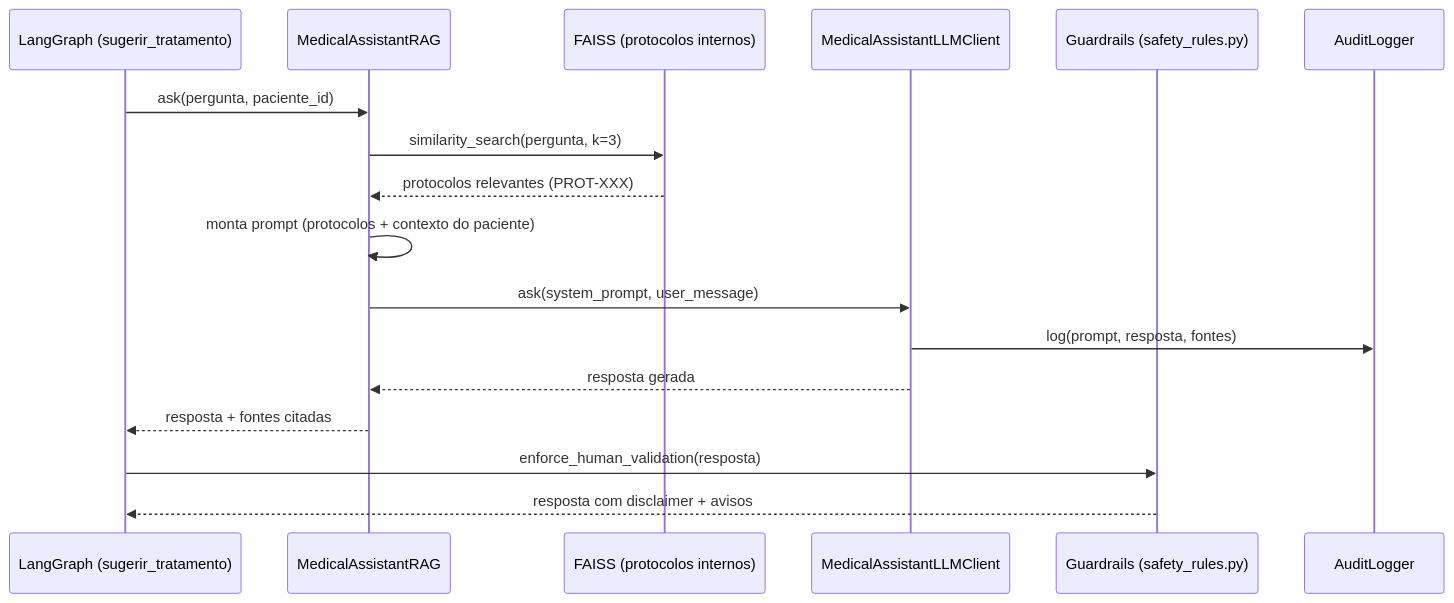
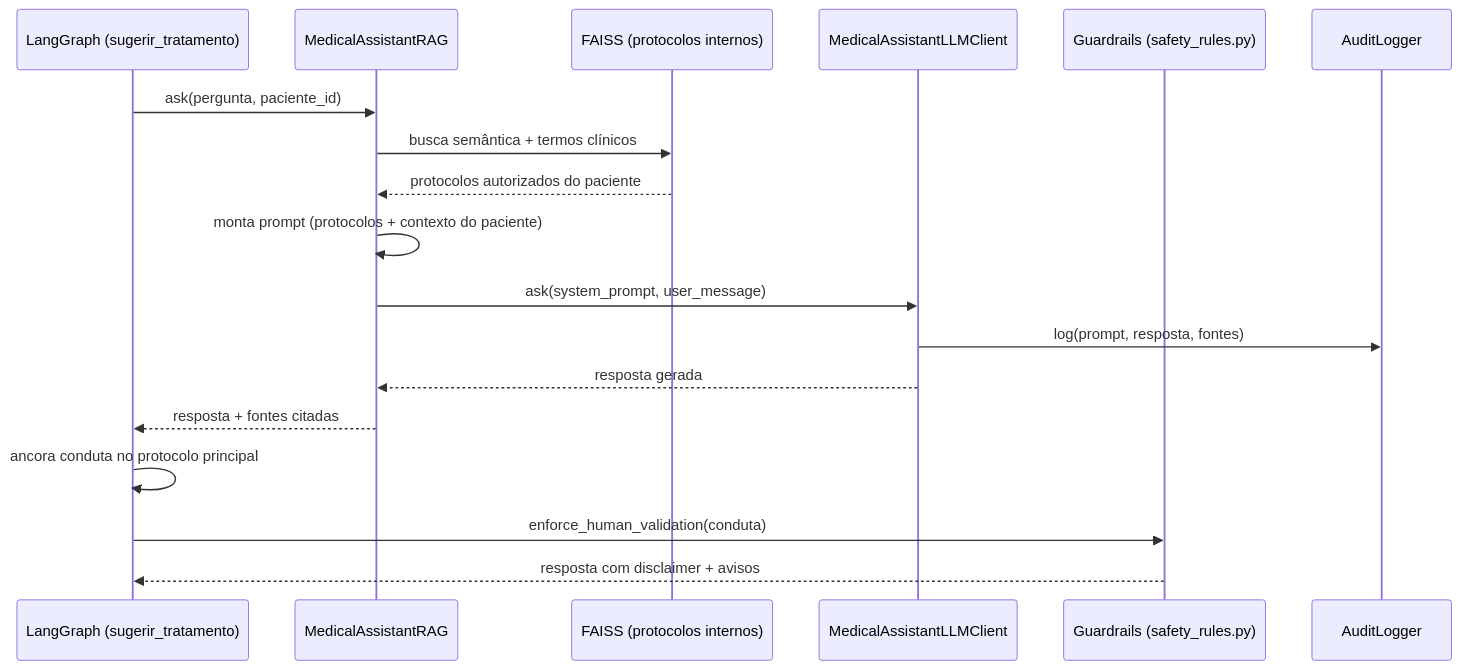
One commit to GFerreira1902/TechChallenge3GFA changed the third of 3 diagrams in docs/diagrama_fluxo.md. Above: the diagram before and after it, drawn with Mermaid. The commit also changed other lines of this file and 2 other files, not shown here.

Commit message:
docs: sincroniza README relatorio e diagrama com o fluxo atual

````diff
--- a/docs/diagrama_fluxo.md
+++ b/docs/diagrama_fluxo.md
@@ -67,20 +68,21 @@
 ```mermaid
 sequenceDiagram
     participant Flow as LangGraph (sugerir_tratamento)
     participant RAG as MedicalAssistantRAG
     participant FAISS as FAISS (protocolos internos)
     participant LLM as MedicalAssistantLLMClient
     participant Guard as Guardrails (safety_rules.py)
     participant Audit as AuditLogger
 
     Flow->>RAG: ask(pergunta, paciente_id)
-    RAG->>FAISS: similarity_search(pergunta, k=3)
-    FAISS-->>RAG: protocolos relevantes (PROT-XXX)
+    RAG->>FAISS: busca semântica + termos clínicos
+    FAISS-->>RAG: protocolos autorizados do paciente
     RAG->>RAG: monta prompt (protocolos + contexto do paciente)
     RAG->>LLM: ask(system_prompt, user_message)
     LLM->>Audit: log(prompt, resposta, fontes)
     LLM-->>RAG: resposta gerada
     RAG-->>Flow: resposta + fontes citadas
-    Flow->>Guard: enforce_human_validation(resposta)
+    Flow->>Flow: ancora conduta no protocolo principal
+    Flow->>Guard: enforce_human_validation(conduta)
     Guard-->>Flow: resposta com disclaimer + avisos
 ```
````
